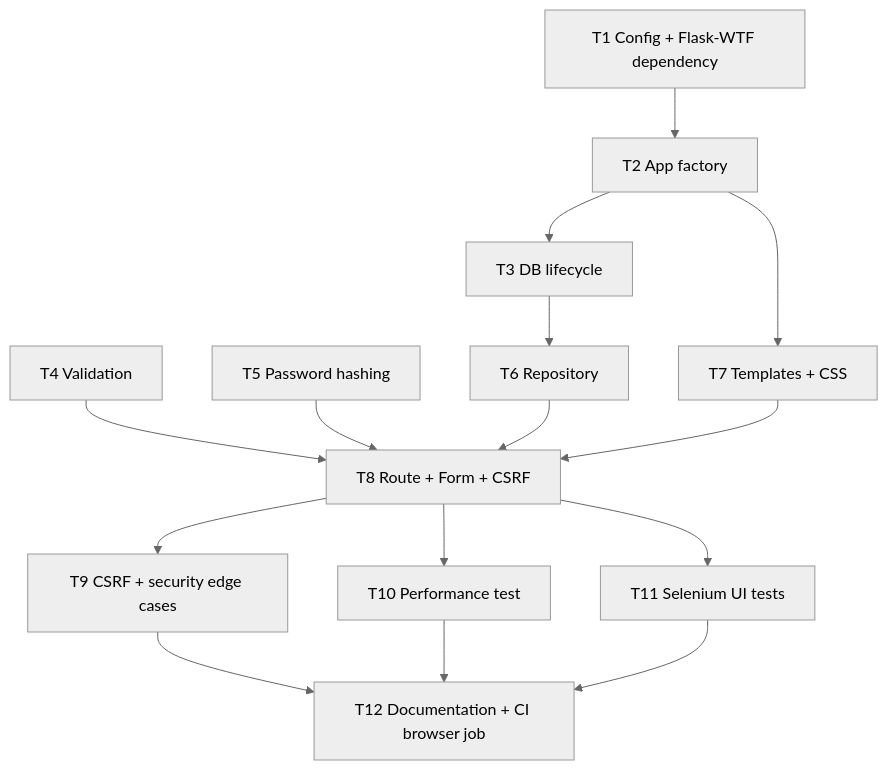
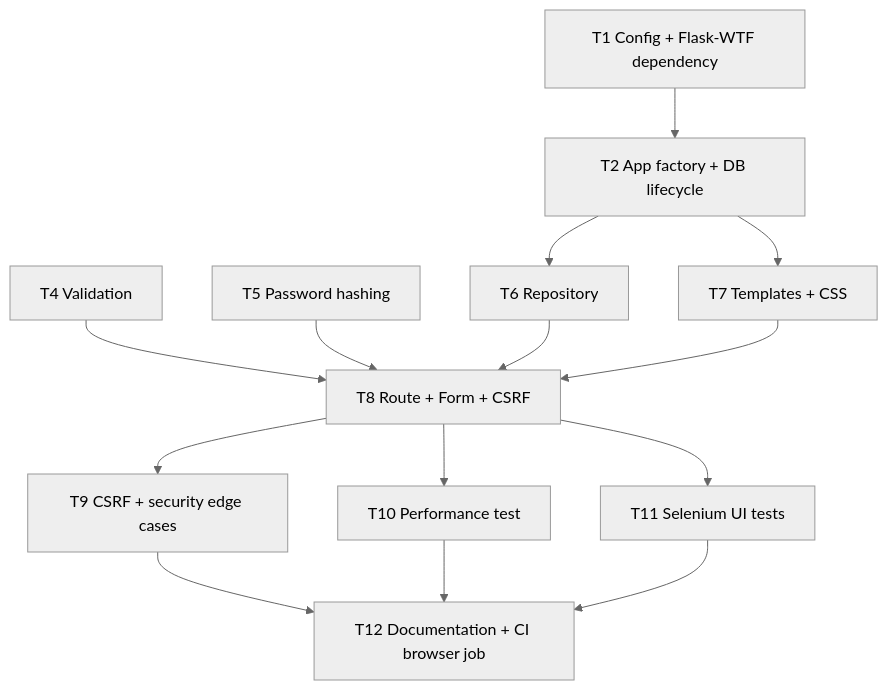
Before and after one commit to paggybansal/github-copilot-agentic-registration: the diagram in docs/04-impl-plan.md, drawn with Mermaid (neutral theme). The commit also changed other lines of this file and 4 other files, not shown here.

First line of the commit message:
feat(step-5): T2 application factory, schema and connection lifecycle

````diff
--- a/docs/04-impl-plan.md
+++ b/docs/04-impl-plan.md
@@ -125,17 +125,16 @@
 ```mermaid
 flowchart TD
-    T1[T1 Config + Flask-WTF dependency] --> T2[T2 App factory]
-    T2 --> T3[T3 DB lifecycle]
+    T1[T1 Config + Flask-WTF dependency] --> T2[T2 App factory + DB lifecycle]
     T2 --> T7[T7 Templates + CSS]
-    T3 --> T6[T6 Repository]
+    T2 --> T6[T6 Repository]
     T4[T4 Validation] --> T8
     T5[T5 Password hashing] --> T8
     T6 --> T8[T8 Route + Form + CSRF]
     T7 --> T8
     T8 --> T9[T9 CSRF + security edge cases]
     T8 --> T10[T10 Performance test]
     T8 --> T11[T11 Selenium UI tests]
     T9 --> T12[T12 Documentation + CI browser job]
     T10 --> T12
     T11 --> T12
 ```
````
